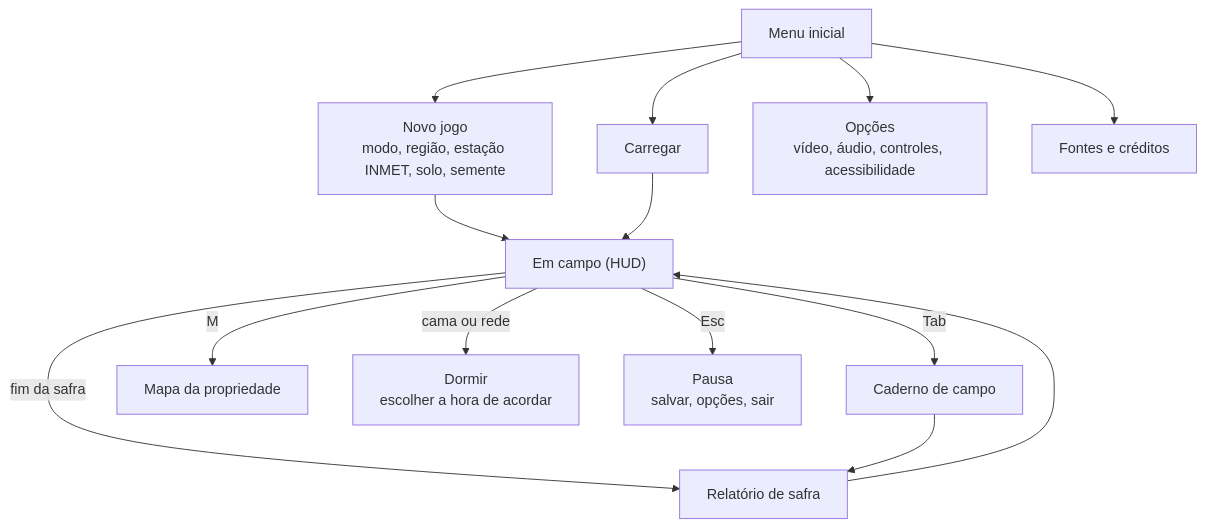
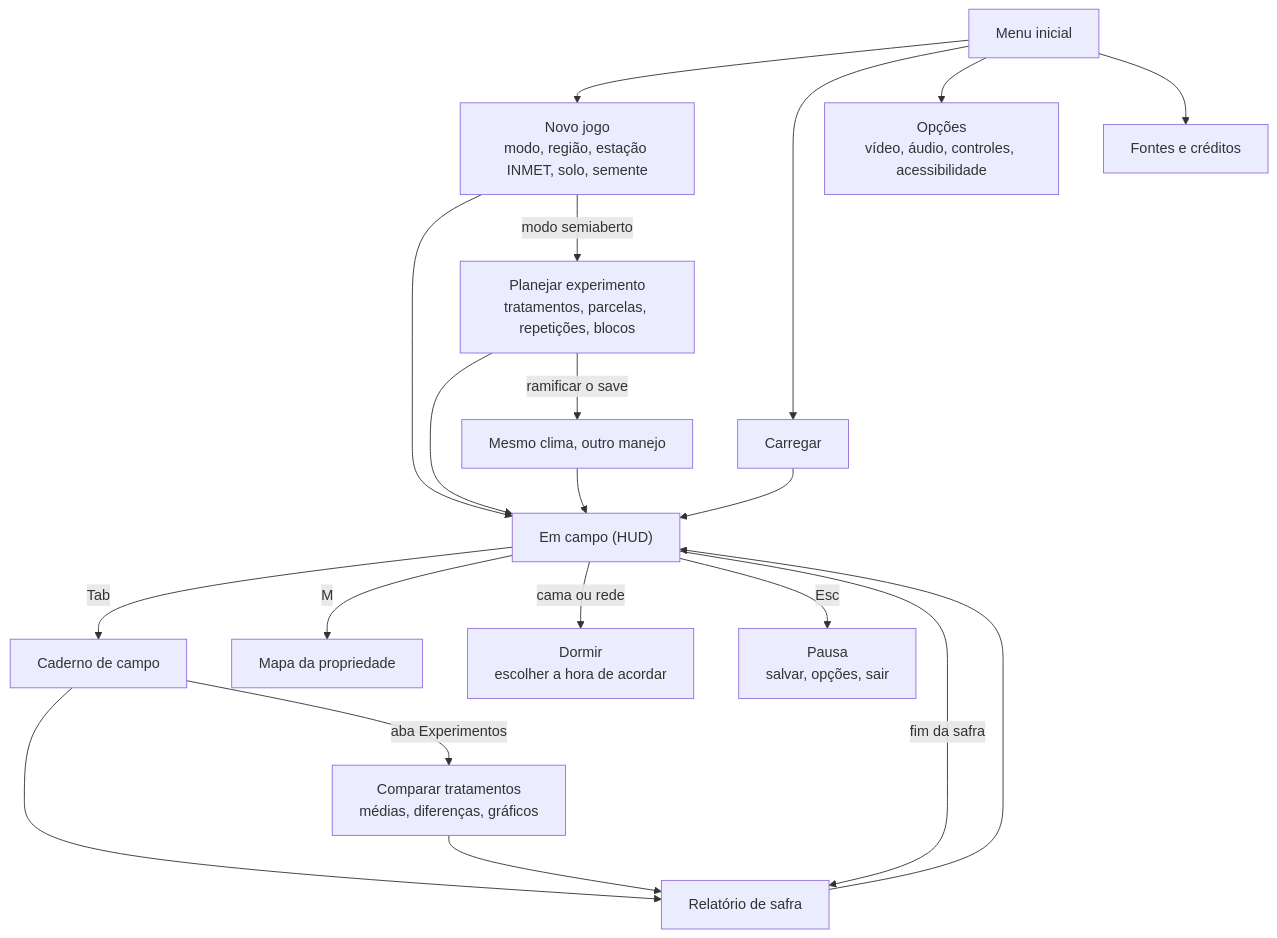
Before and after one commit to pedrooalvess1-glitch/simulador-agro: the diagram in docs/13_INTERFACE.md, drawn with Mermaid. The commit also changed other lines of this file and 13 other files, not shown here.

First line of the commit message:
docs(docs): base de clima e solo, ingestão de cultura e modo experimento (#5)

````diff
--- a/docs/13_INTERFACE.md
+++ b/docs/13_INTERFACE.md
@@ -47,16 +48,22 @@
 ```mermaid
 flowchart TD
   M["Menu inicial"] --> N["Novo jogo<br/>modo, região, estação INMET, solo, semente"]
   M --> C["Carregar"]
   M --> O["Opções<br/>vídeo, áudio, controles, acessibilidade"]
   M --> F["Fontes e créditos"]
   N --> J["Em campo (HUD)"]
   C --> J
-  J -- "Tab" --> K["Caderno de campo"]
-  J -- "M" --> P["Mapa da propriedade"]
-  J -- "cama ou rede" --> D["Dormir<br/>escolher a hora de acordar"]
-  J -- "Esc" --> Z["Pausa<br/>salvar, opções, sair"]
-  J -- "fim da safra" --> R["Relatório de safra"]
+  J -->|Tab| K["Caderno de campo"]
+  J -->|M| P["Mapa da propriedade"]
+  J -->|cama ou rede| D["Dormir<br/>escolher a hora de acordar"]
+  J -->|Esc| Z["Pausa<br/>salvar, opções, sair"]
+  J -->|fim da safra| R["Relatório de safra"]
   R --> J
   K --> R
+  N -->|modo semiaberto| X["Planejar experimento<br/>tratamentos, parcelas, repetições, blocos"]
+  X --> J
+  X -->|ramificar o save| Y["Mesmo clima, outro manejo"]
+  Y --> J
+  K -->|aba Experimentos| W["Comparar tratamentos<br/>médias, diferenças, gráficos"]
+  W --> R
 ```
````
